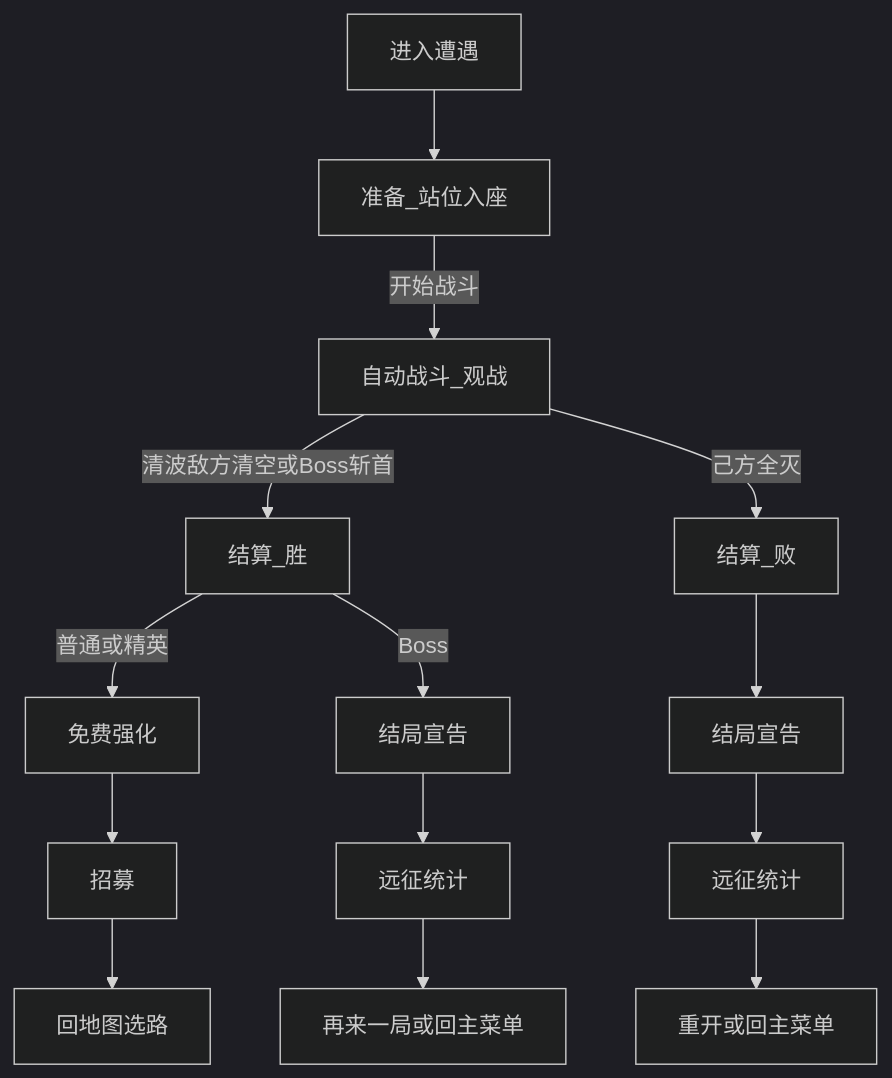
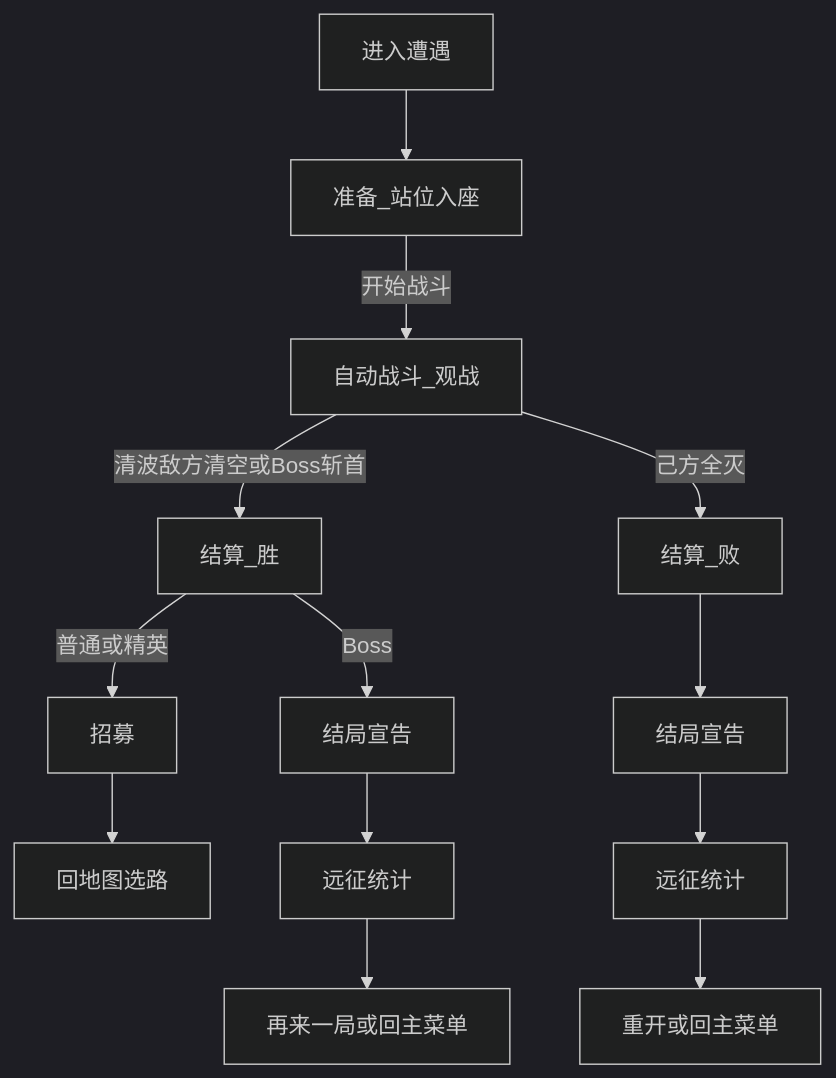
The diagram in Documents/Features/COMBAT.md (Kanerickyz/project-autochess), drawn with Mermaid (dark theme) before and after one commit. The commit also changed other lines of this file and 231 other files, not shown here.

````diff
--- a/Documents/Features/COMBAT.md
+++ b/Documents/Features/COMBAT.md
@@ -94,10 +93,10 @@
 ```mermaid
 flowchart TD
   Enter[进入遭遇] --> Prep[准备_站位入座]
   Prep -->|开始战斗| Combat[自动战斗_观战]
   Combat -->|清波敌方清空或Boss斩首| WinResolve[结算_胜]
   Combat -->|己方全灭| LoseResolve[结算_败]
-  WinResolve -->|普通或精英| Boost[免费强化] --> Recruit[招募] --> BackMap[回地图选路]
+  WinResolve -->|普通或精英| Recruit[招募] --> BackMap[回地图选路]
   WinResolve -->|Boss| RunResult[结局宣告] --> RunStats[远征统计] --> RunWin[再来一局或回主菜单]
   LoseResolve --> RunLoseResult[结局宣告] --> RunLoseStats[远征统计] --> RunLose[重开或回主菜单]
 ```
````
